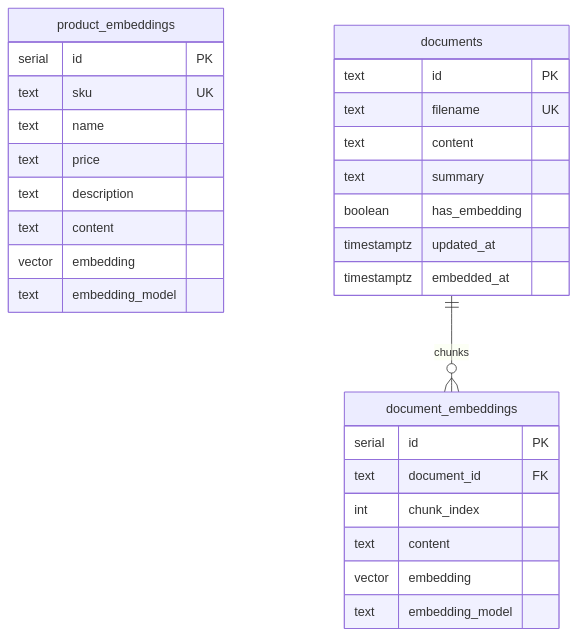
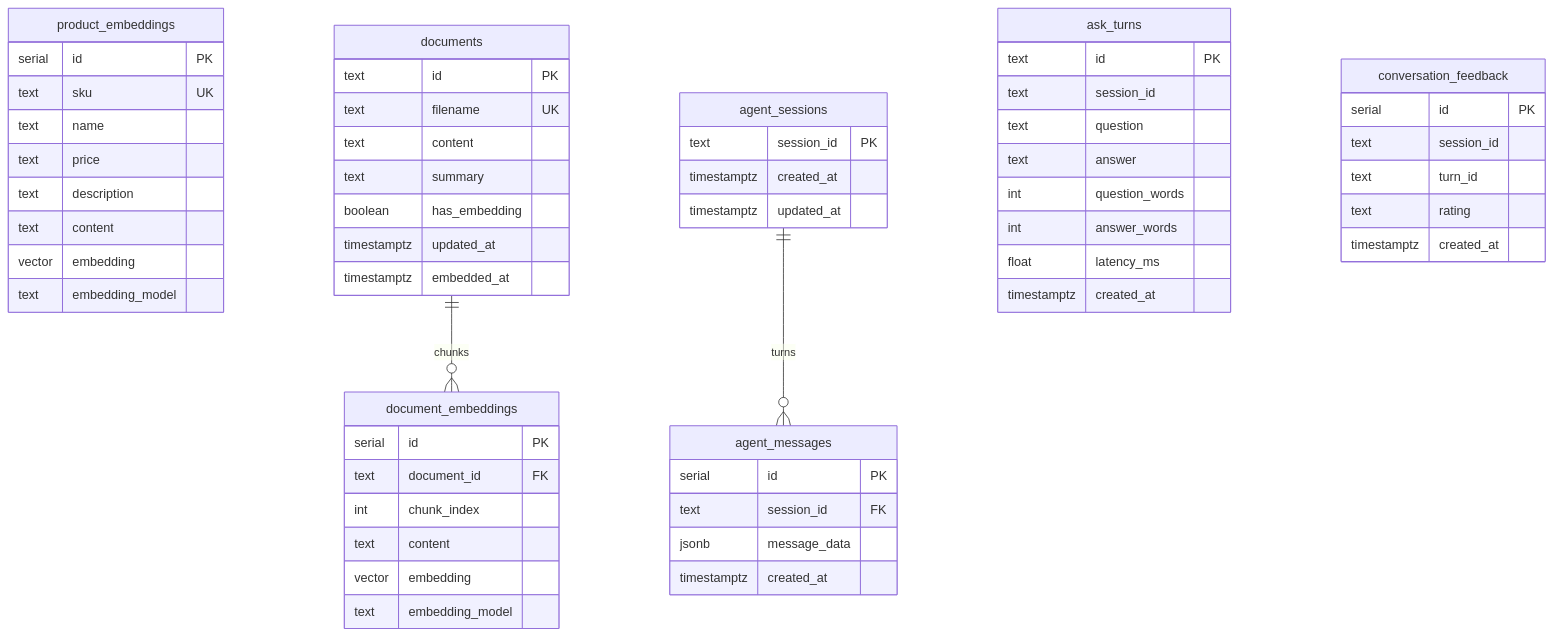
Before and after one commit to JJTorresDS/ecommerce-agent: the fifth of 5 diagrams in architecture.md, drawn with Mermaid. The commit also changed other lines of this file and 43 other files, not shown here.

Commit message:
added user feedback feature and graphana for monitoring

````diff
--- a/architecture.md
+++ b/architecture.md
@@ -235,34 +300,68 @@
 ```mermaid
 erDiagram
     product_embeddings {
         serial id PK
         text sku UK
         text name
         text price
         text description
         text content
         vector embedding
         text embedding_model
     }
 
     documents {
         text id PK
         text filename UK
         text content
         text summary
         boolean has_embedding
         timestamptz updated_at
         timestamptz embedded_at
     }
 
     document_embeddings {
         serial id PK
         text document_id FK
         int chunk_index
         text content
         vector embedding
         text embedding_model
     }
 
     documents ||--o{ document_embeddings : chunks
+
+    agent_sessions {
+        text session_id PK
+        timestamptz created_at
+        timestamptz updated_at
+    }
+
+    agent_messages {
+        serial id PK
+        text session_id FK
+        jsonb message_data
+        timestamptz created_at
+    }
+
+    agent_sessions ||--o{ agent_messages : turns
+
+    ask_turns {
+        text id PK
+        text session_id
+        text question
+        text answer
+        int question_words
+        int answer_words
+        float latency_ms
+        timestamptz created_at
+    }
+
+    conversation_feedback {
+        serial id PK
+        text session_id
+        text turn_id
+        text rating
+        timestamptz created_at
+    }
 ```
````
